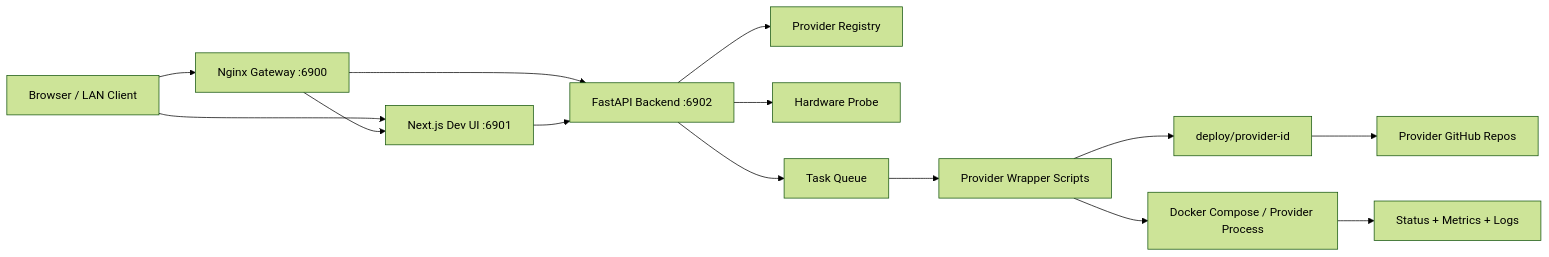
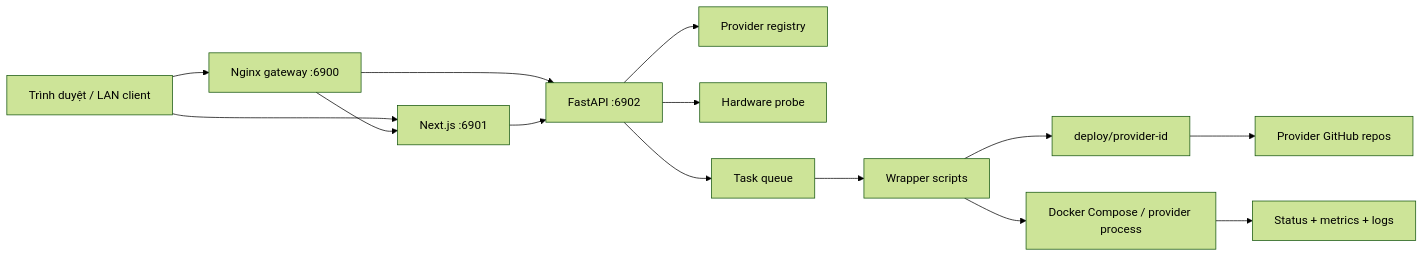
One commit to ambrouse/frontend-test changed the diagram in README.md. Above: the diagram before and after it, drawn with Mermaid (forest theme). The commit also changed other lines of this file and 16 other files, not shown here.

````diff
--- a/README.md
+++ b/README.md
@@ -246,16 +155,16 @@
 ```mermaid
 flowchart LR
-  Browser[Browser / LAN Client] --> Gateway[Nginx Gateway :6900]
-  Browser --> UI[Next.js Dev UI :6901]
+  Browser[Trình duyệt / LAN client] --> Gateway[Nginx gateway :6900]
+  Browser --> UI[Next.js :6901]
   Gateway --> UI
-  Gateway --> API[FastAPI Backend :6902]
+  Gateway --> API[FastAPI :6902]
   UI --> API
-  API --> Registry[Provider Registry]
-  API --> Hardware[Hardware Probe]
-  API --> Tasks[Task Queue]
-  Tasks --> Scripts[Provider Wrapper Scripts]
+  API --> Registry[Provider registry]
+  API --> Hardware[Hardware probe]
+  API --> Tasks[Task queue]
+  Tasks --> Scripts[Wrapper scripts]
   Scripts --> Deploy[deploy/provider-id]
-  Scripts --> Runtime[Docker Compose / Provider Process]
-  Runtime --> Logs[Status + Metrics + Logs]
-  Deploy --> GitHub[Provider GitHub Repos]
+  Scripts --> Runtime[Docker Compose / provider process]
+  Runtime --> Logs[Status + metrics + logs]
+  Deploy --> GitHub[Provider GitHub repos]
 ```
````
